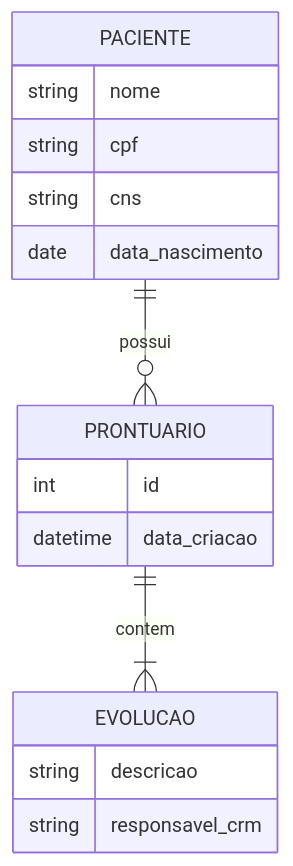
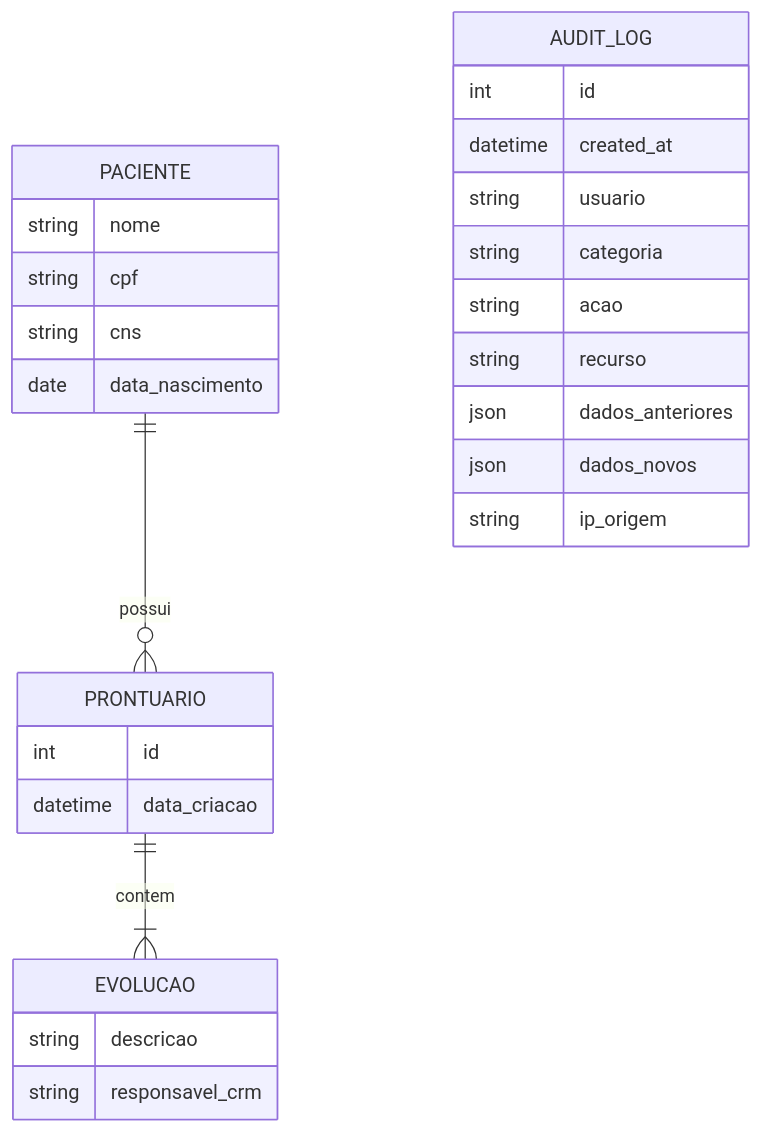
The diagram in docs/especificacao/04-modelo-dados.md (HCUFPE/Framework-SETISD-HC-UFPE), drawn with Mermaid before and after one commit. The commit also changed other lines of this file and 6 other files, not shown here.

````diff
--- a/docs/especificacao/04-modelo-dados.md
+++ b/docs/especificacao/04-modelo-dados.md
@@ -4,19 +4,30 @@
 ```mermaid
 erDiagram
     PACIENTE ||--o{ PRONTUARIO : possui
     PACIENTE {
         string nome
         string cpf
         string cns
         date data_nascimento
     }
     PRONTUARIO ||--|{ EVOLUCAO : contem
     PRONTUARIO {
         int id
         datetime data_criacao
     }
     EVOLUCAO {
         string descricao
         string responsavel_crm
     }
+    AUDIT_LOG {
+        int id
+        datetime created_at
+        string usuario
+        string categoria
+        string acao
+        string recurso
+        json dados_anteriores
+        json dados_novos
+        string ip_origem
+    }
 ```
````
